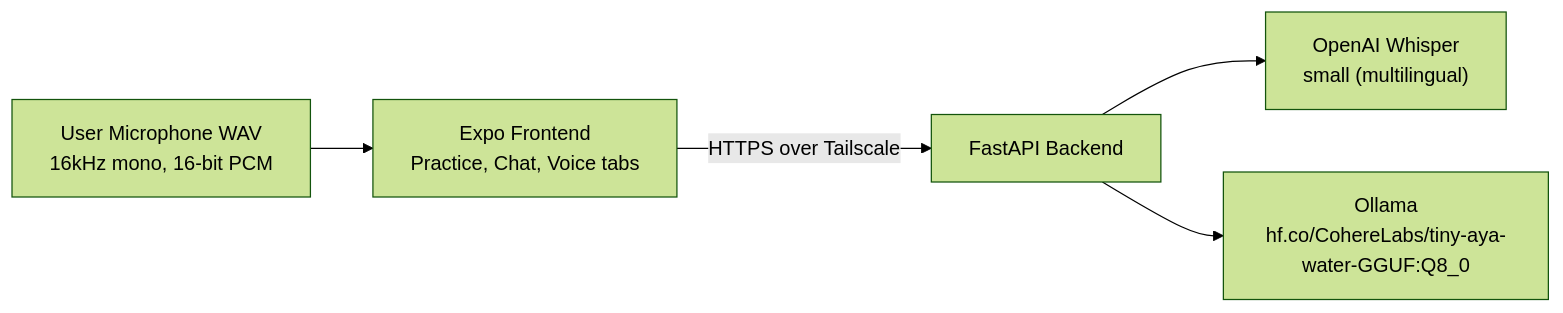
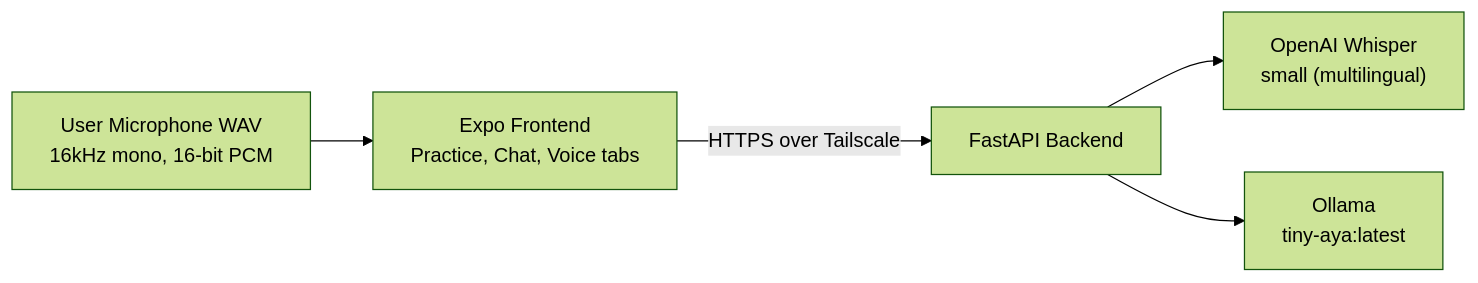
One commit to alkval/mimic changed the diagram in README.md. Above: the diagram before and after it, drawn with Mermaid (forest theme). The commit also changed other lines of this file, not shown here.

Commit message:
Use the local Tiny Aya model alias

````diff
--- a/README.md
+++ b/README.md
@@ -14,7 +14,7 @@
 ```mermaid
 flowchart LR
   A["Expo Frontend<br/>Practice, Chat, Voice tabs"] -->|"HTTPS over Tailscale"| B["FastAPI Backend"]
     B --> C["OpenAI Whisper<br/>small (multilingual)"]
-    B --> D["Ollama<br/>hf.co/CohereLabs/tiny-aya-water-GGUF:Q8_0"]
+    B --> D["Ollama<br/>tiny-aya:latest"]
     E["User Microphone WAV<br/>16kHz mono, 16-bit PCM"] --> A
 ```
````
